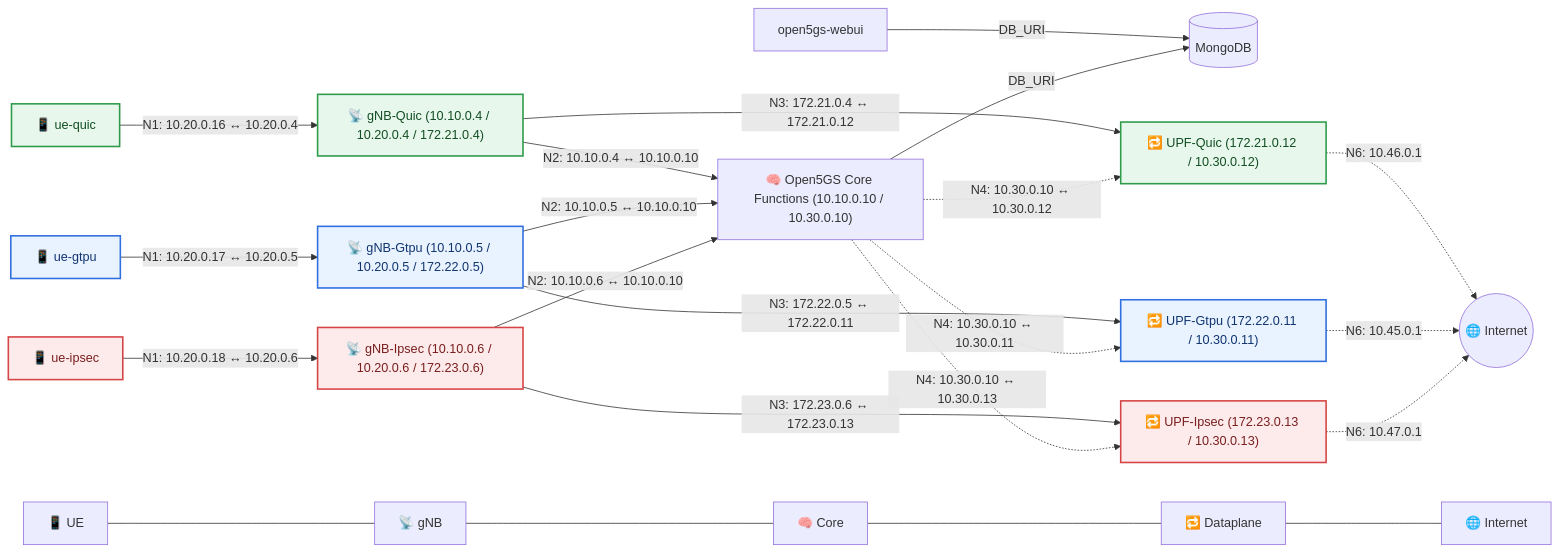
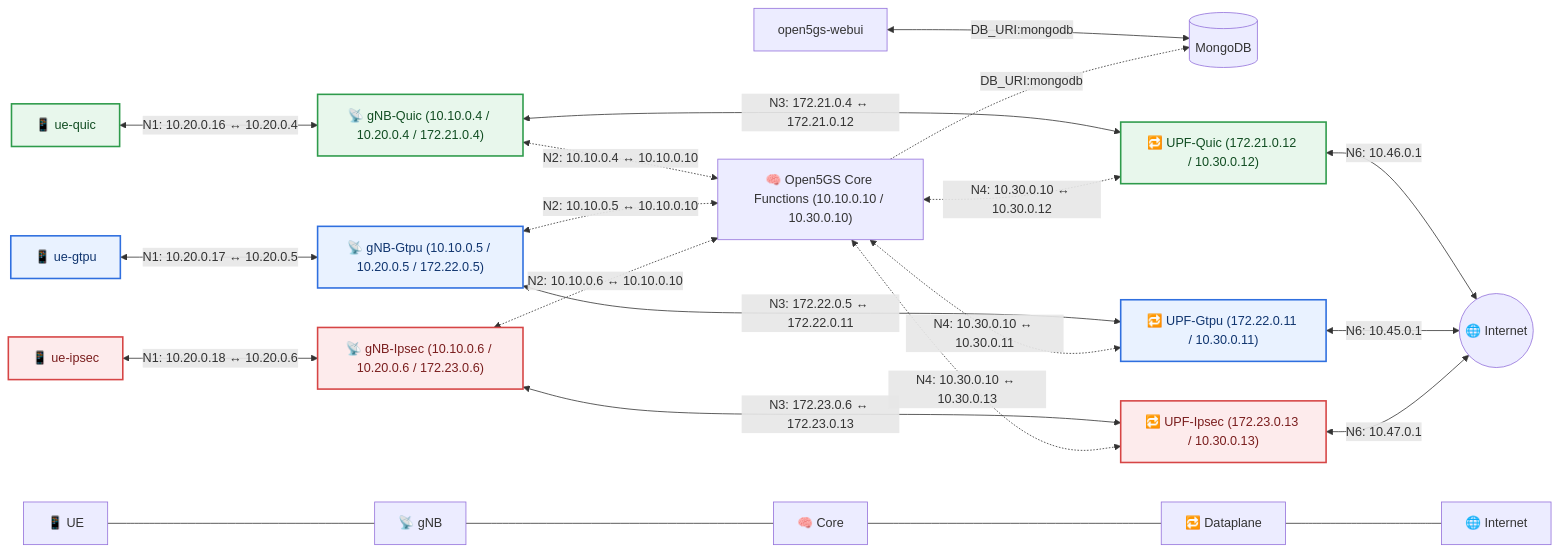
One commit to wenkey-gm/quicup-evaluation changed the diagram in docs/mermaid/docker_topology_architecture.mmd. Above: the diagram before and after it, drawn with Mermaid. The commit also changed 9 other files, not shown here.

```diff
--- a/docs/mermaid/docker_topology_architecture.mmd
+++ b/docs/mermaid/docker_topology_architecture.mmd
@@ -1,60 +1,55 @@
 flowchart LR
 
     classDef quic fill:#E8F7EC,stroke:#2E9B4B,stroke-width:2px,color:#114D22;
     classDef gtpu fill:#E9F2FF,stroke:#2F6FDF,stroke-width:2px,color:#10356F;
     classDef ipsec fill:#FDEBEC,stroke:#D64545,stroke-width:2px,color:#7A1E1E;
 
     Internet(("🌐 Internet"))
 
-    %% RAN nodes
     UE_q["📱 ue-quic"]
     UE_g["📱 ue-gtpu"]
     UE_i["📱 ue-ipsec"]
 
-    %% gNB nodes (shared addresses listed)
     gNB_Q["📡 gNB-Quic (10.10.0.4 / 10.20.0.4 / 172.21.0.4)"]
     gNB_G["📡 gNB-Gtpu (10.10.0.5 / 10.20.0.5 / 172.22.0.5)"]
     gNB_I["📡 gNB-Ipsec (10.10.0.6 / 10.20.0.6 / 172.23.0.6)"]
 
-    %% Core and dataplane nodes
     AMF_SMF["🧠 Open5GS Core Functions (10.10.0.10 / 10.30.0.10)"]
     DB[(MongoDB)]
     WebUI[open5gs-webui]
     UPF_Q["🔁 UPF-Quic (172.21.0.12 / 10.30.0.12)"]
     UPF_G["🔁 UPF-Gtpu (172.22.0.11 / 10.30.0.11)"]
     UPF_I["🔁 UPF-Ipsec (172.23.0.13 / 10.30.0.13)"]
 
-    %% Inline connections (replacing subgraph links)
-    UE_q -- "N1: 10.20.0.16 ↔ 10.20.0.4" --> gNB_Q
-    UE_g -- "N1: 10.20.0.17 ↔ 10.20.0.5" --> gNB_G
-    UE_i -- "N1: 10.20.0.18 ↔ 10.20.0.6" --> gNB_I
+    UE_q <-- "N1: 10.20.0.16 ↔ 10.20.0.4" --> gNB_Q
+    UE_g <-- "N1: 10.20.0.17 ↔ 10.20.0.5" --> gNB_G
+    UE_i <-- "N1: 10.20.0.18 ↔ 10.20.0.6" --> gNB_I
 
-    gNB_Q -- "N3: 172.21.0.4 ↔ 172.21.0.12" --> UPF_Q
-    gNB_G -- "N3: 172.22.0.5 ↔ 172.22.0.11" --> UPF_G
-    gNB_I -- "N3: 172.23.0.6 ↔ 172.23.0.13" --> UPF_I
+    gNB_Q <-- "N3: 172.21.0.4 ↔ 172.21.0.12" --> UPF_Q
+    gNB_G <-- "N3: 172.22.0.5 ↔ 172.22.0.11" --> UPF_G
+    gNB_I <-- "N3: 172.23.0.6 ↔ 172.23.0.13" --> UPF_I
 
     DB
     WebUI
 
 
-    WebUI -- "DB_URI" --> DB
-    AMF_SMF -- "DB_URI" --> DB
+    WebUI <-- "DB_URI:mongodb" --> DB
+    AMF_SMF -. "DB_URI:mongodb" .-> DB
 
-    gNB_Q -- "N2: 10.10.0.4 ↔ 10.10.0.10" --> AMF_SMF
-    gNB_G -- "N2: 10.10.0.5 ↔ 10.10.0.10" --> AMF_SMF
-    gNB_I -- "N2: 10.10.0.6 ↔ 10.10.0.10" --> AMF_SMF
+    gNB_Q <-. "N2: 10.10.0.4 ↔ 10.10.0.10" .-> AMF_SMF
+    gNB_G <-. "N2: 10.10.0.5 ↔ 10.10.0.10" .-> AMF_SMF
+    gNB_I <-. "N2: 10.10.0.6 ↔ 10.10.0.10" .-> AMF_SMF
 
-    AMF_SMF -. "N4: 10.30.0.10 ↔ 10.30.0.12" .-> UPF_Q
-    AMF_SMF -. "N4: 10.30.0.10 ↔ 10.30.0.11" .-> UPF_G
-    AMF_SMF -. "N4: 10.30.0.10 ↔ 10.30.0.13" .-> UPF_I
+    AMF_SMF <-. "N4: 10.30.0.10 ↔ 10.30.0.12" .-> UPF_Q
+    AMF_SMF <-. "N4: 10.30.0.10 ↔ 10.30.0.11" .-> UPF_G
+    AMF_SMF <-. "N4: 10.30.0.10 ↔ 10.30.0.13" .-> UPF_I
 
-    UPF_Q -. "N6: 10.46.0.1" .-> Internet
-    UPF_G -. "N6: 10.45.0.1" .-> Internet
-    UPF_I -. "N6: 10.47.0.1" .-> Internet
+    UPF_Q <-- "N6: 10.46.0.1" --> Internet
+    UPF_G <-- "N6: 10.45.0.1" --> Internet
+    UPF_I <-- "N6: 10.47.0.1" --> Internet
 
     class UE_q,gNB_Q,UPF_Q quic;
     class UE_g,gNB_G,UPF_G gtpu;
     class UE_i,gNB_I,UPF_I ipsec;
 
-    %% Legend
     L_UE["📱 UE"] --- L_gNB["📡 gNB"] --- L_CORE["🧠 Core"] --- L_DP["🔁 Dataplane"] --- L_Internet["🌐 Internet"]
```
